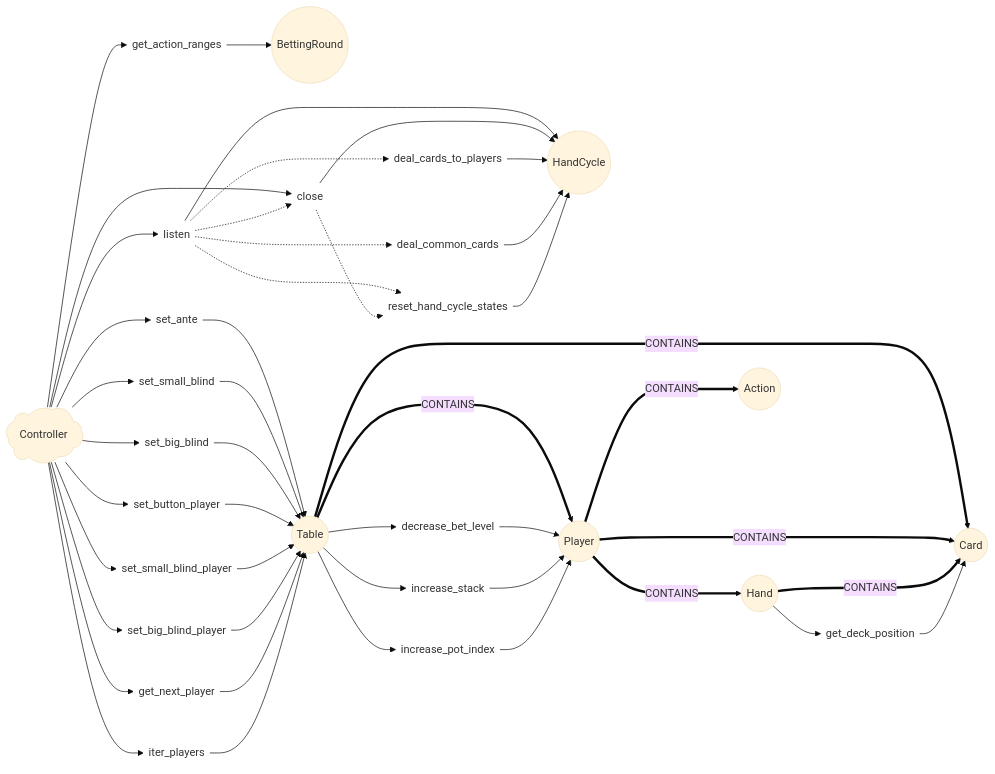
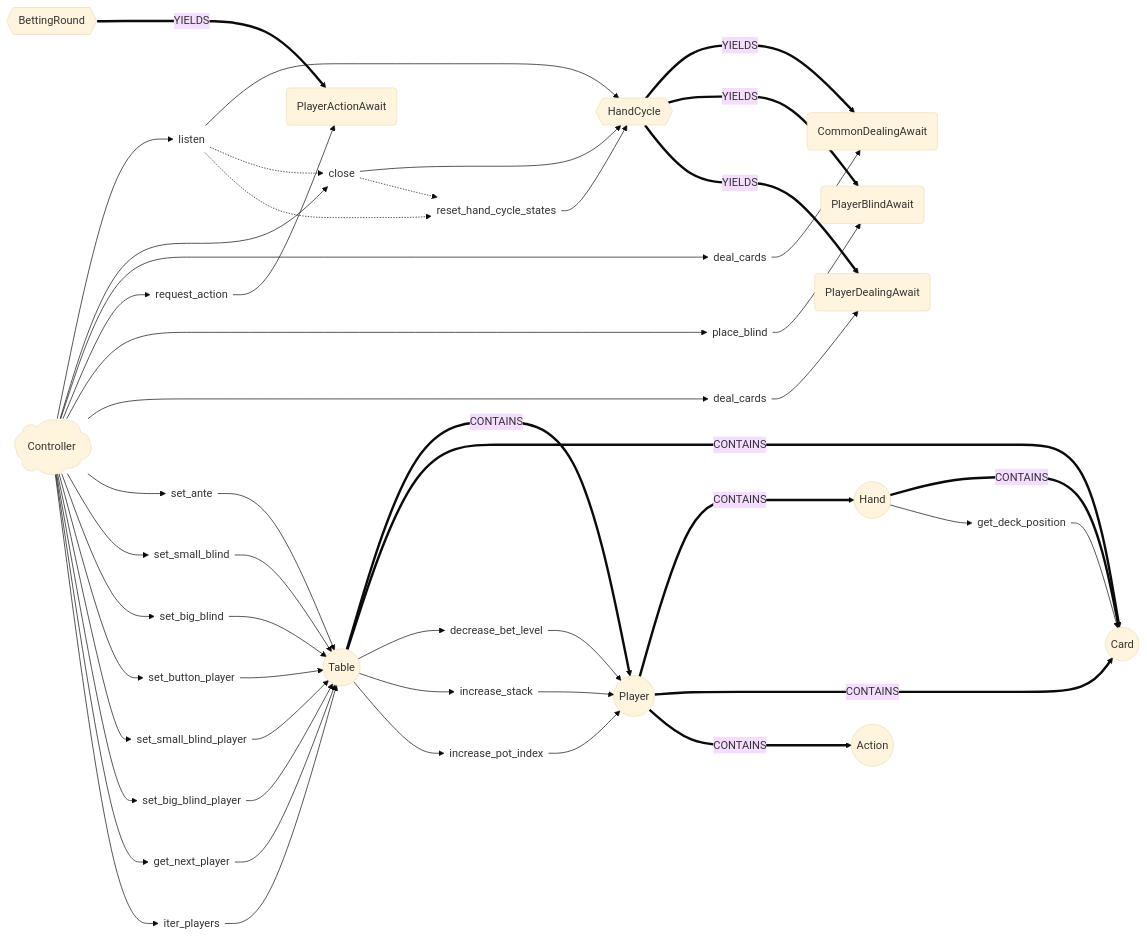
The second of 4 diagrams in MODEL.md (jorsaland/pokerpy), drawn with Mermaid (base theme) before and after one commit. The commit also changed other lines of this file, not shown here.

Commit message:
MODEL.md updated to await states

```diff
--- a/MODEL.md
+++ b/MODEL.md
@@ -161,13 +161,19 @@
 
     C(Controller)@{ shape: cloud }
 
-    HC(HandCycle)@{ shape: circle }
-    BR(BettingRound)@{ shape: circle }
+    HC(HandCycle)@{ shape: hex }
+    BR(BettingRound)@{ shape: hex }
+
     T(Table)@{ shape: circle }
     P(Player)@{ shape: circle }
     H(Hand)@{ shape: circle }
     Cd(Card)@{ shape: circle }
-    A(Action)@{ shape: circle }
+    Ac(Action)@{ shape: circle }
+
+    CDAw(CommonDealingAwait)@{ shape: rounded }
+    PAAw(PlayerActionAwait)@{ shape: rounded }
+    PBAw(PlayerBlindAwait)@{ shape: rounded }
+    PDAw(PlayerDealingAwait)@{ shape: rounded }
 
 
     %% Container relations
@@ -176,19 +182,29 @@
     T ===> |CONTAINS| Cd
     P ===> |CONTAINS| H
     P ===> |CONTAINS| Cd
-    P ===> |CONTAINS| A
+    P ===> |CONTAINS| Ac
     H ===> |CONTAINS| Cd
+
+
+    %% Yield relations
+
+    BR ===> |YIELDS| PAAw
+
+    HC ===> |YIELDS| CDAw
+    HC ===> |YIELDS| PBAw
+    HC ===> |YIELDS| PDAw
 
 
     %% Methods
 
     HC.listen(listen)@{ shape: text } -->  HC
     HC.close(close)@{ shape: text } -->  HC
-    HC.deal_cards_to_players(deal_cards_to_players)@{ shape: text } -->  HC
-    HC.deal_common_cards(deal_common_cards)@{ shape: text } -->  HC
     HC.reset_hand_cycle_states(reset_hand_cycle_states)@{ shape: text } -->  HC
 
-    BR.get_action_ranges(get_action_ranges)@{ shape: text } --> BR
+    CDAw.deal_cards(deal_cards)@{ shape: text } --> CDAw
+    PAAw.request_action(request_action)@{ shape: text } --> PAAw
+    PBAw.place_blind(place_blind)@{ shape: text } --> PBAw
+    PDAw.deal_cards(deal_cards)@{ shape: text } --> PDAw
 
     T.set_ante(set_ante)@{ shape: text } --> T
     T.set_small_blind(set_small_blind)@{ shape: text } --> T
@@ -212,7 +228,11 @@
     C --> HC.listen
     C --> HC.close
 
-    C --> BR.get_action_ranges
+    C --> CDAw.deal_cards
+    C --> PAAw.request_action
+    C --> PBAw.place_blind
+    C --> PDAw.deal_cards
+
 
     C --> T.set_ante
     C --> T.set_small_blind
@@ -231,8 +251,6 @@
     %% Helper method relations
 
     HC.listen -.-> HC.close
-    HC.listen -.-> HC.deal_cards_to_players
-    HC.listen -.-> HC.deal_common_cards
     HC.listen -.-> HC.reset_hand_cycle_states
 
     HC.close -.-> HC.reset_hand_cycle_states
```
